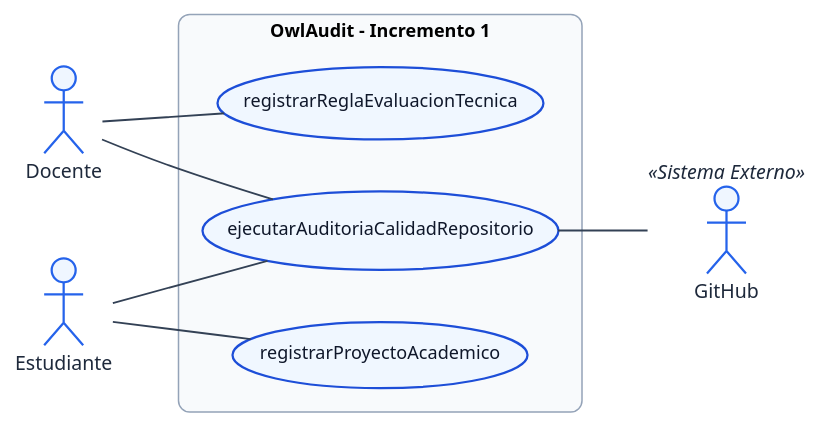
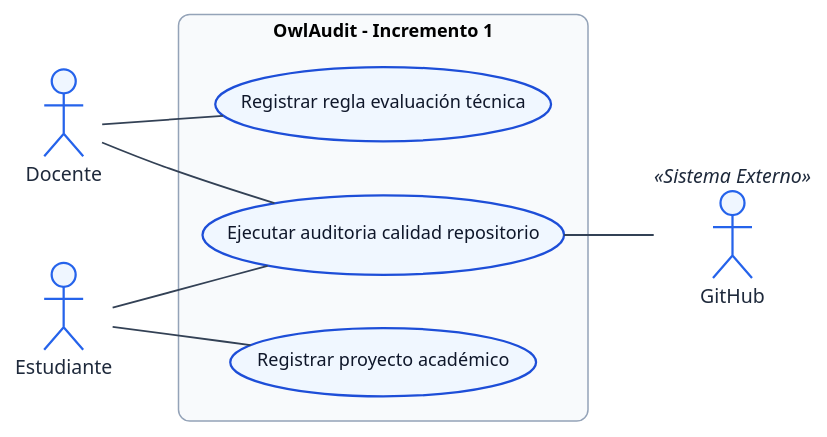
The diagram in docs/incremento1/uses-cases/uses-cases-diagrams.puml (ErickBaja05/GR4_1BT3_622_26B), drawn with PlantUML before and after one commit. The commit also changed 4 other files, not shown here.

```diff
--- a/docs/incremento1/uses-cases/uses-cases-diagrams.puml
+++ b/docs/incremento1/uses-cases/uses-cases-diagrams.puml
@@ -1,72 +1,72 @@
 @startuml
 left to right direction
 
 ' ========================================================
 ' ESTILOS VISUALES (Paleta Azul Moderna y Bordes Curvos)
 ' ========================================================
 skinparam roundCorner 15
 skinparam shadowing false
 skinparam defaultFontName "Segoe UI"
 skinparam defaultFontSize 12
 
 skinparam package {
     BackgroundColor #F8FAFC
     BorderColor #94A3B8
     BorderThickness 1.5
     FontColor #0F172A
     FontStyle bold
     FontSize 14
 }
 
 skinparam actor {
     BackgroundColor #EFF6FF
     BorderColor #2563EB
     BorderThickness 1.5
     FontColor #1E293B
     FontSize 13
 }
 
 skinparam usecase {
     BackgroundColor #F0F7FF
     BorderColor #1D4ED8
     BorderThickness 1.5
     FontColor #0F172A
     FontSize 12
     RoundCorner 25
 }
 
 skinparam arrow {
     Color #334155
     Thickness 1.2
 }
 
 ' ========================================================
 ' ACTORES
 ' ========================================================
 actor :Docente: as docente
 actor :Estudiante: as estudiante
 actor :GitHub: <<Sistema Externo>> as github
 
 ' ========================================================
 ' LÍMITE DEL SISTEMA: INCREMENTO 1
 ' ========================================================
 rectangle "OwlAudit - Incremento 1" {
-    usecase "registrarReglaEvaluacionTecnica" as cu01
-    usecase "registrarProyectoAcademico" as cu02
-    usecase "ejecutarAuditoriaCalidadRepositorio" as cu03
+    usecase "Registrar regla evaluación técnica" as cu01
+    usecase "Registrar proyecto académico" as cu02
+    usecase "Ejecutar auditoria calidad repositorio" as cu03
 }
 
 ' ========================================================
 ' ASOCIACIONES
 ' ========================================================
 docente -- cu01
 estudiante -- cu02
 
 ' Ambos actores pueden ejecutar la auditoría
 estudiante -- cu03
 docente -- cu03
 
 ' Interacción con la API externa de GitHub para inspección
 cu03 -- github
 
 @enduml
```
